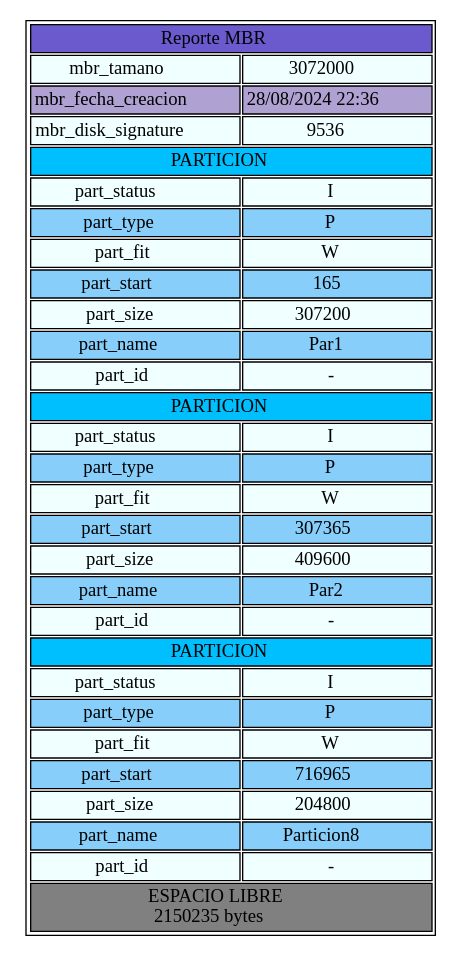
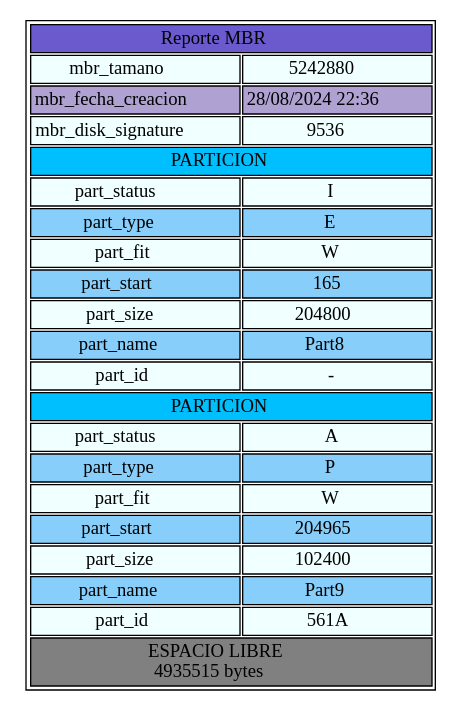
One commit to KimberlyEstupe/MIA_2S_P1_201513656 changed the diagram in Resultados/reports/reporte1.dot. Above: the diagram before and after it, drawn with Graphviz. The commit also changed 19 other files, not shown here.

```diff
--- a/Resultados/reports/reporte1.dot
+++ b/Resultados/reports/reporte1.dot
@@ -1,116 +1,85 @@
 digraph { 
 node [ shape=none ] 
 TablaReportNodo [ label = < <table border="1"> 
  <tr>
   <td bgcolor='SlateBlue' COLSPAN="2"> Reporte MBR </td> 
  </tr> 
  <tr>
   <td bgcolor='Azure'> mbr_tamano </td> 
-  <td bgcolor='Azure'> 3072000 </td> 
+  <td bgcolor='Azure'> 5242880 </td> 
  </tr> 
  <tr>
   <td bgcolor='#AFA1D1'> mbr_fecha_creacion </td> 
   <td bgcolor='#AFA1D1'> 28/08/2024 22:36 </td> 
  </tr> 
  <tr>
   <td bgcolor='Azure'> mbr_disk_signature </td> 
   <td bgcolor='Azure'> 9536 </td> 
  </tr>  
  <tr>
   <td bgcolor='DeepSkyBlue' COLSPAN="2"> PARTICION </td> 
  </tr> 
  <tr>
   <td bgcolor='Azure'> part_status </td> 
   <td bgcolor='Azure'> I </td> 
  </tr> 
  <tr>
   <td bgcolor='LightSkyBlue'> part_type </td> 
-  <td bgcolor='LightSkyBlue'> P </td> 
+  <td bgcolor='LightSkyBlue'> E </td> 
  </tr> 
  <tr>
   <td bgcolor='Azure'> part_fit </td> 
   <td bgcolor='Azure'> W </td> 
  </tr> 
  <tr>
   <td bgcolor='LightSkyBlue'> part_start </td> 
   <td bgcolor='LightSkyBlue'> 165 </td> 
  </tr> 
  <tr>
   <td bgcolor='Azure'> part_size </td> 
-  <td bgcolor='Azure'> 307200 </td> 
+  <td bgcolor='Azure'> 204800 </td> 
  </tr> 
  <tr>
   <td bgcolor='LightSkyBlue'> part_name </td> 
-  <td bgcolor='LightSkyBlue'> Par1 </td> 
+  <td bgcolor='LightSkyBlue'> Part8 </td> 
  </tr> 
  <tr>
   <td bgcolor='Azure'> part_id </td> 
   <td bgcolor='Azure'> - </td> 
  </tr> 
  <tr>
   <td bgcolor='DeepSkyBlue' COLSPAN="2"> PARTICION </td> 
  </tr> 
  <tr>
   <td bgcolor='Azure'> part_status </td> 
-  <td bgcolor='Azure'> I </td> 
+  <td bgcolor='Azure'> A </td> 
  </tr> 
  <tr>
   <td bgcolor='LightSkyBlue'> part_type </td> 
   <td bgcolor='LightSkyBlue'> P </td> 
  </tr> 
  <tr>
   <td bgcolor='Azure'> part_fit </td> 
   <td bgcolor='Azure'> W </td> 
  </tr> 
  <tr>
   <td bgcolor='LightSkyBlue'> part_start </td> 
-  <td bgcolor='LightSkyBlue'> 307365 </td> 
+  <td bgcolor='LightSkyBlue'> 204965 </td> 
  </tr> 
  <tr>
   <td bgcolor='Azure'> part_size </td> 
-  <td bgcolor='Azure'> 409600 </td> 
+  <td bgcolor='Azure'> 102400 </td> 
  </tr> 
  <tr>
   <td bgcolor='LightSkyBlue'> part_name </td> 
-  <td bgcolor='LightSkyBlue'> Par2 </td> 
+  <td bgcolor='LightSkyBlue'> Part9 </td> 
  </tr> 
  <tr>
   <td bgcolor='Azure'> part_id </td> 
-  <td bgcolor='Azure'> - </td> 
+  <td bgcolor='Azure'> 561A </td> 
  </tr> 
  <tr>
-  <td bgcolor='DeepSkyBlue' COLSPAN="2"> PARTICION </td> 
- </tr> 
- <tr>
-  <td bgcolor='Azure'> part_status </td> 
-  <td bgcolor='Azure'> I </td> 
- </tr> 
- <tr>
-  <td bgcolor='LightSkyBlue'> part_type </td> 
-  <td bgcolor='LightSkyBlue'> P </td> 
- </tr> 
- <tr>
-  <td bgcolor='Azure'> part_fit </td> 
-  <td bgcolor='Azure'> W </td> 
- </tr> 
- <tr>
-  <td bgcolor='LightSkyBlue'> part_start </td> 
-  <td bgcolor='LightSkyBlue'> 716965 </td> 
- </tr> 
- <tr>
-  <td bgcolor='Azure'> part_size </td> 
-  <td bgcolor='Azure'> 204800 </td> 
- </tr> 
- <tr>
-  <td bgcolor='LightSkyBlue'> part_name </td> 
-  <td bgcolor='LightSkyBlue'> Particion8 </td> 
- </tr> 
- <tr>
-  <td bgcolor='Azure'> part_id </td> 
-  <td bgcolor='Azure'> - </td> 
- </tr> 
- <tr>
-  <td bgcolor='#808080' COLSPAN="2"> ESPACIO LIBRE <br/> 2150235 bytes </td> 
+  <td bgcolor='#808080' COLSPAN="2"> ESPACIO LIBRE <br/> 4935515 bytes </td> 
  </tr> 
 </table> > ]
 }
```
